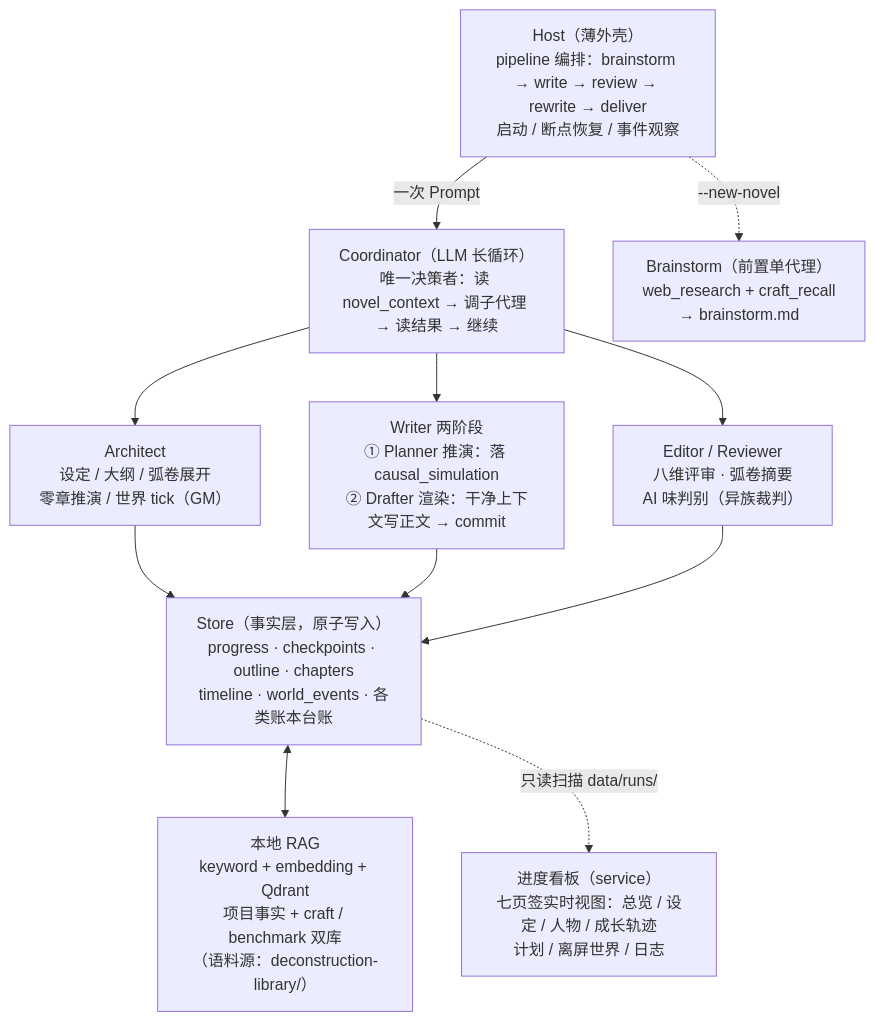
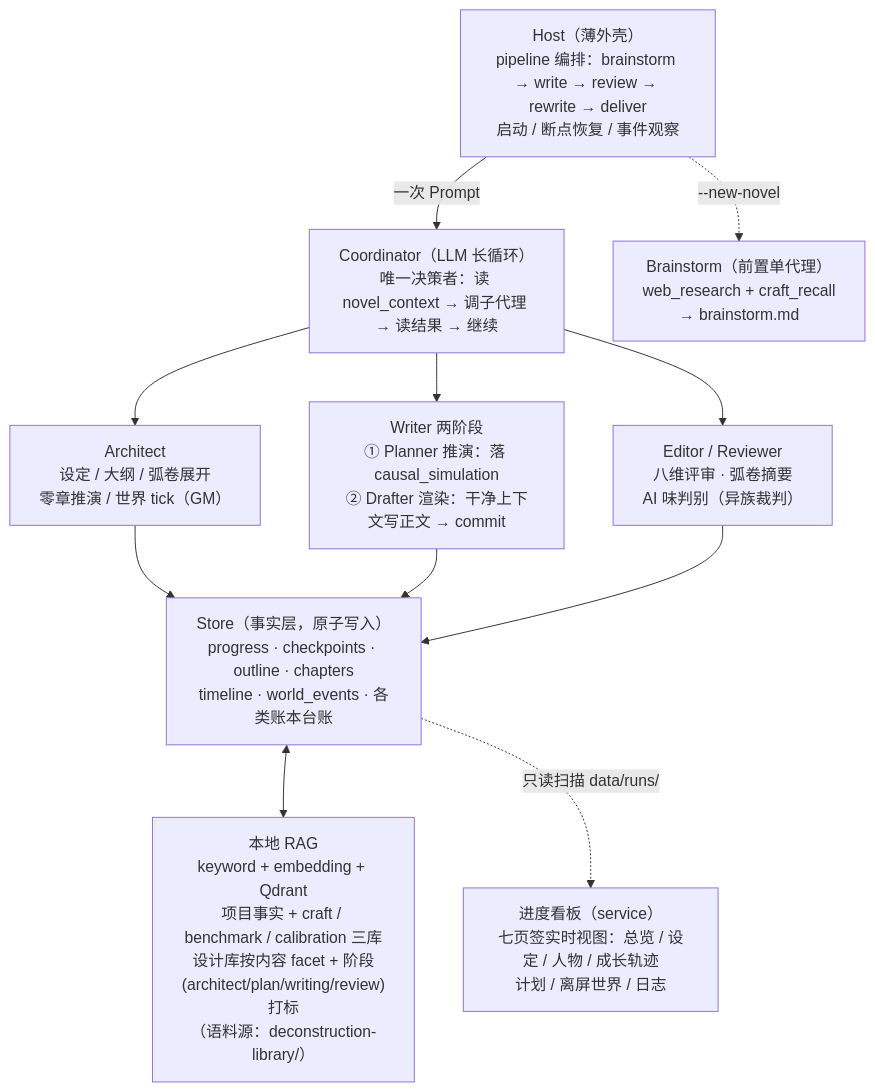
One commit to Xiaoyangy/novel-studio changed the third of 5 diagrams in README.md. Above: the diagram before and after it, drawn with Mermaid. The commit also changed other lines of this file and 2 other files, not shown here.

Commit message:
Doc: 设计库内容级 facet/stage 打标 + 校准库入库
- facet.go: review-calibration 人工样本→calibration，其方法论子目录→methodology
- README / 交付文档: 记录 craft_facet + usage_stage 打标、dialogue 字段、calibration 三库

````diff
--- a/README.md
+++ b/README.md
@@ -123,14 +123,14 @@
 ```mermaid
 flowchart TD
     P["Host（薄外壳）<br/>pipeline 编排：brainstorm → write → review → rewrite → deliver<br/>启动 / 断点恢复 / 事件观察"]
     P -->|一次 Prompt| CO["Coordinator（LLM 长循环）<br/>唯一决策者：读 novel_context → 调子代理 → 读结果 → 继续"]
     P -.->|"--new-novel"| BS["Brainstorm（前置单代理）<br/>web_research + craft_recall<br/>→ brainstorm.md"]
     CO --> AR["Architect<br/>设定 / 大纲 / 弧卷展开<br/>零章推演 / 世界 tick（GM）"]
     CO --> WR["Writer 两阶段<br/>① Planner 推演：落 causal_simulation<br/>② Drafter 渲染：干净上下文写正文 → commit"]
     CO --> ED["Editor / Reviewer<br/>八维评审 · 弧卷摘要<br/>AI 味判别（异族裁判）"]
     AR --> ST["Store（事实层，原子写入）<br/>progress · checkpoints · outline · chapters<br/>timeline · world_events · 各类账本台账"]
     WR --> ST
     ED --> ST
-    ST <--> RAG["本地 RAG<br/>keyword + embedding + Qdrant<br/>项目事实 + craft / benchmark 双库<br/>（语料源：deconstruction-library/）"]
+    ST <--> RAG["本地 RAG<br/>keyword + embedding + Qdrant<br/>项目事实 + craft / benchmark / calibration 三库<br/>设计库按内容 facet + 阶段(architect/plan/writing/review)打标<br/>（语料源：deconstruction-library/）"]
     ST -.->|"只读扫描 data/runs/"| VIEW["进度看板（service）<br/>七页签实时视图：总览 / 设定 / 人物 / 成长轨迹<br/>计划 / 离屏世界 / 日志"]
 ```
````
